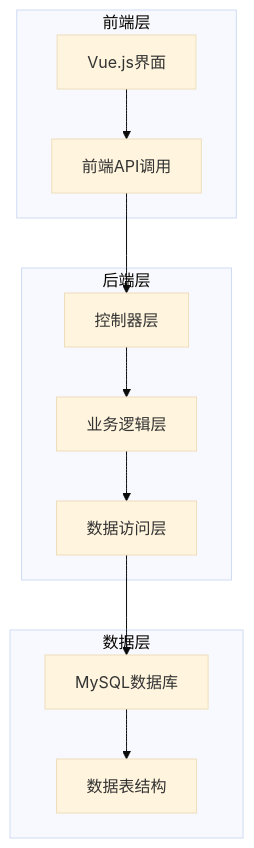
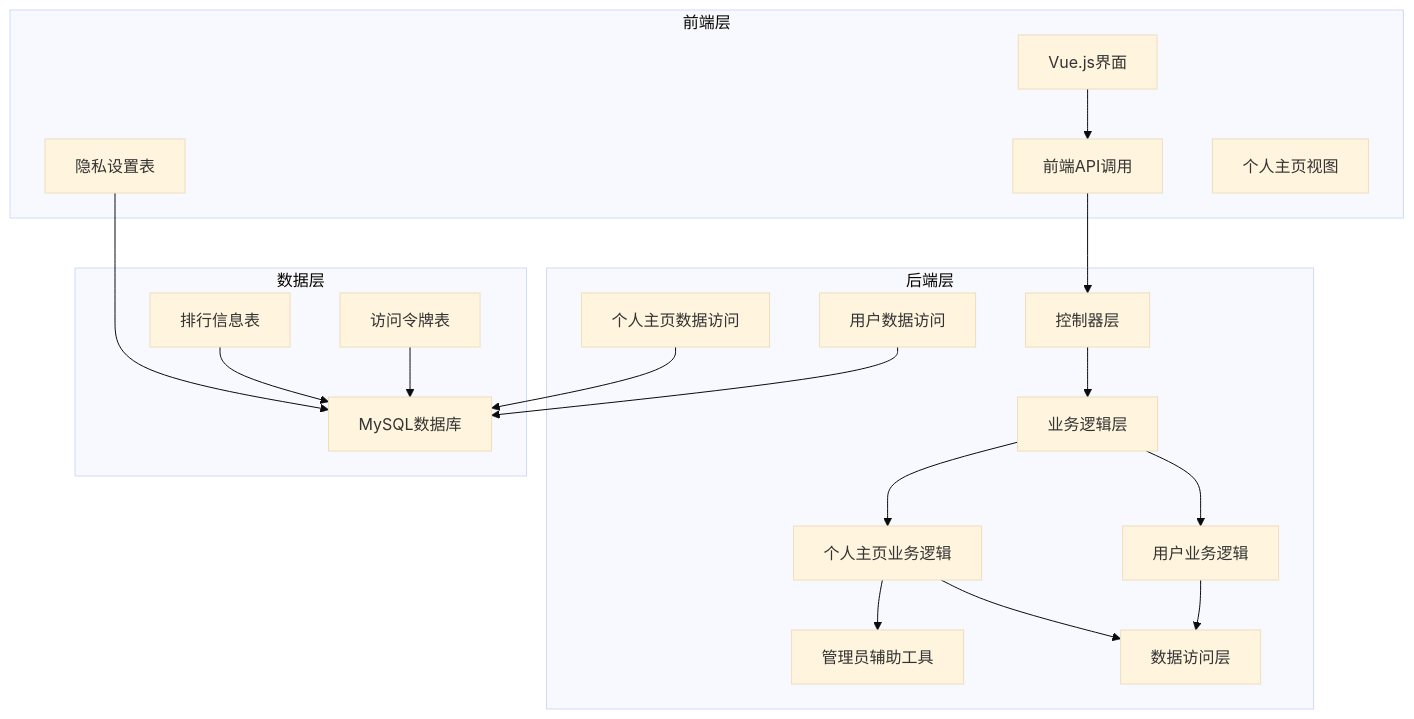
The first of 14 diagrams in .qoder/repowiki/zh/content/后端 API 服务/用户管理模块/隐私设置管理.md (TinyMaD/SpeedRunnersLab), drawn with Mermaid (base theme) before and after one commit. The commit also changed other lines of this file and 29 other files, not shown here.

````diff
--- a/.qoder/repowiki/zh/content/后端 API 服务/用户管理模块/隐私设置管理.md
+++ b/.qoder/repowiki/zh/content/后端 API 服务/用户管理模块/隐私设置管理.md
@@ -37,22 +49,38 @@
 ```mermaid
 graph TB
 subgraph "前端层"
 UI[Vue.js界面]
 API[前端API调用]
+PrivacySettings[隐私设置组件]
+ProfileView[个人主页视图]
 end
 subgraph "后端层"
 Controller[控制器层]
 BLL[业务逻辑层]
+ProfileBLL[个人主页业务逻辑]
+UserBLL[用户业务逻辑]
+AdminHelper[管理员辅助工具]
 DAL[数据访问层]
+ProfileDAL[个人主页数据访问]
+UserDAL[用户数据访问]
 end
 subgraph "数据层"
 MySQL[MySQL数据库]
-Tables[数据表结构]
+PrivacySettings[隐私设置表]
+RankInfo[排行信息表]
+AccessToken[访问令牌表]
 end
 UI --> API
 API --> Controller
 Controller --> BLL
-BLL --> DAL
-DAL --> MySQL
-MySQL --> Tables
+BLL --> ProfileBLL
+BLL --> UserBLL
+ProfileBLL --> AdminHelper
+ProfileBLL --> DAL
+UserBLL --> DAL
+ProfileDAL --> MySQL
+UserDAL --> MySQL
+PrivacySettings --> MySQL
+RankInfo --> MySQL
+AccessToken --> MySQL
 ```
````
